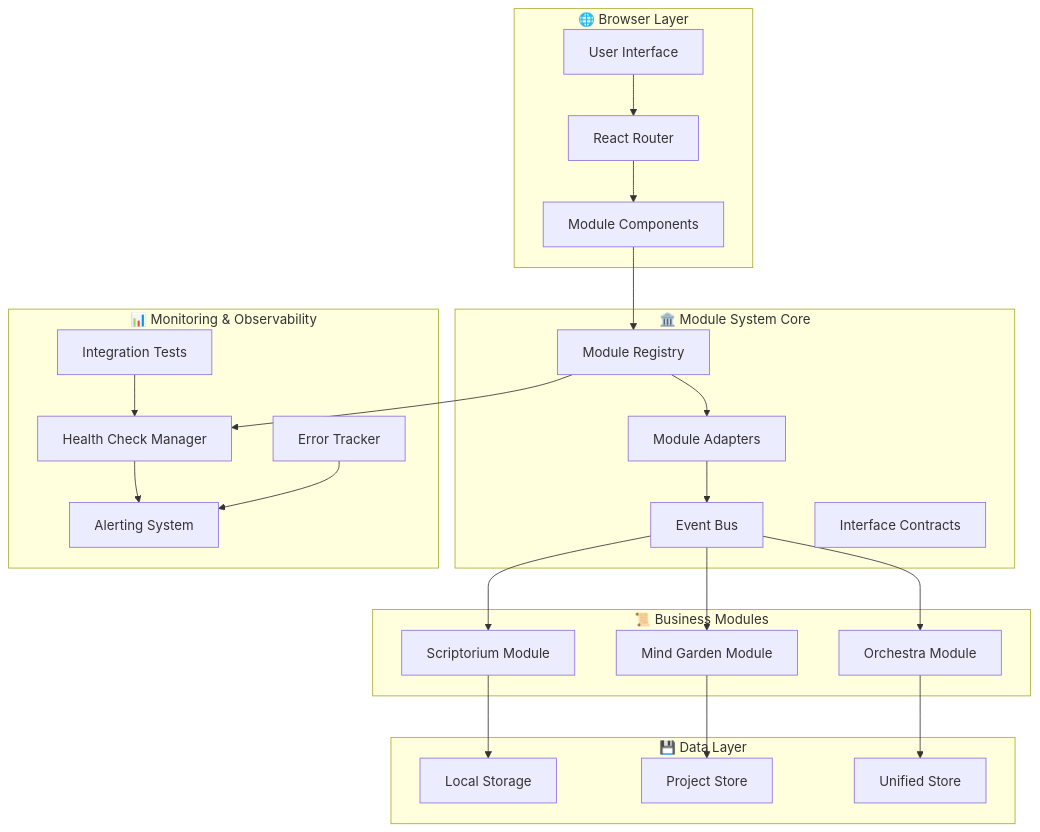
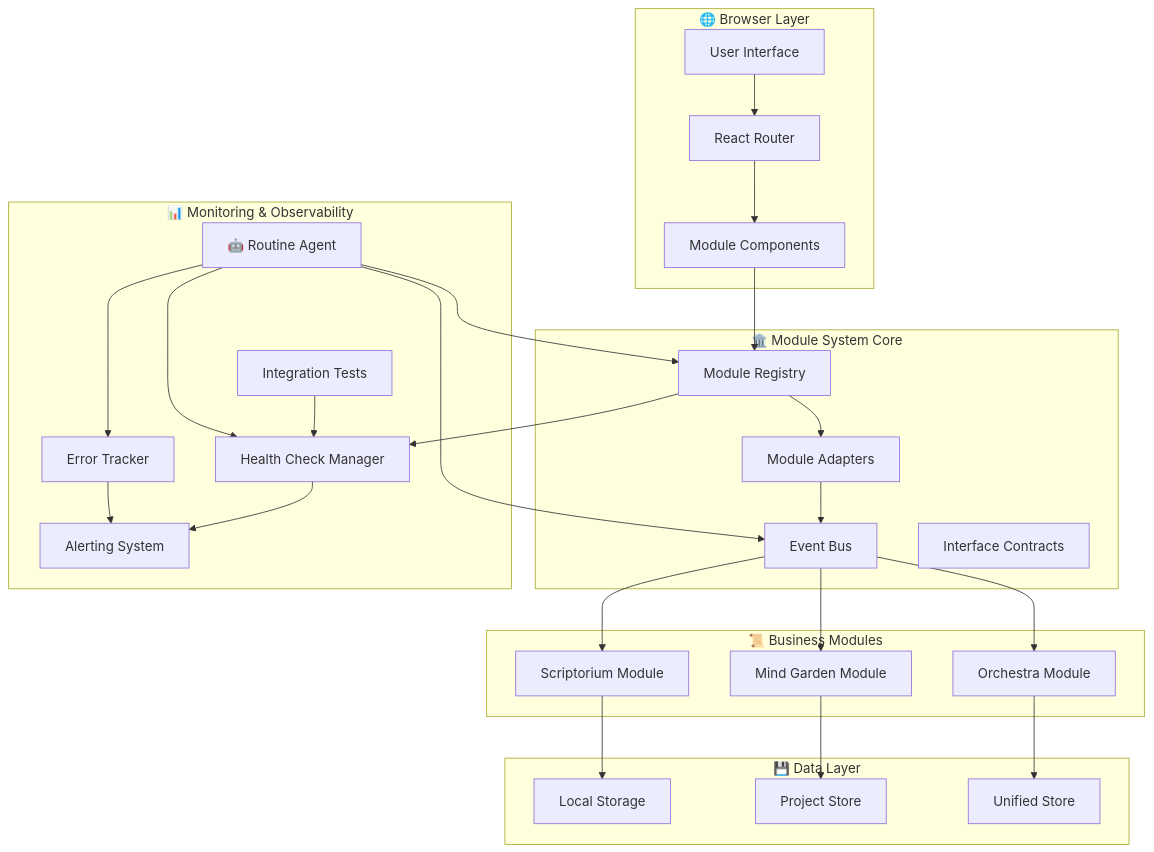
Before and after one commit to PRicaldone/atelier: the first of 16 diagrams in docs/architecture/VISUAL_ARCHITECTURE.md, drawn with Mermaid. The commit also changed other lines of this file and 8 other files, not shown here.

Commit message:
📚 DOCUMENTATION COMPLETE: Updated architecture docs with Atelier Routine Agent - comprehensive visual diagrams and integration details

````diff
--- a/docs/architecture/VISUAL_ARCHITECTURE.md
+++ b/docs/architecture/VISUAL_ARCHITECTURE.md
@@ -7,52 +7,57 @@
 ```mermaid
 graph TB
     subgraph "🌐 Browser Layer"
         UI[User Interface]
         Routes[React Router]
         Components[Module Components]
     end
 
     subgraph "🏛️ Module System Core"
         Registry[Module Registry]
         EventBus[Event Bus]
         Adapters[Module Adapters]
         Contracts[Interface Contracts]
     end
 
     subgraph "📊 Monitoring & Observability"
         HealthChecks[Health Check Manager]
         ErrorTracker[Error Tracker]
         AlertSystem[Alerting System]
         TestSuite[Integration Tests]
+        RoutineAgent[🤖 Routine Agent]
     end
 
     subgraph "📜 Business Modules"
         Scriptorium[Scriptorium Module]
         MindGarden[Mind Garden Module]
         Orchestra[Orchestra Module]
     end
 
     subgraph "💾 Data Layer"
         LocalStorage[Local Storage]
         ProjectStore[Project Store]
         UnifiedStore[Unified Store]
     end
 
     UI --> Routes
     Routes --> Components
     Components --> Registry
     Registry --> Adapters
     Adapters --> EventBus
     EventBus --> Scriptorium
     EventBus --> MindGarden
     EventBus --> Orchestra
     
     Registry --> HealthChecks
     HealthChecks --> AlertSystem
     ErrorTracker --> AlertSystem
     TestSuite --> HealthChecks
+    RoutineAgent --> Registry
+    RoutineAgent --> EventBus
+    RoutineAgent --> ErrorTracker
+    RoutineAgent --> HealthChecks
     
     Scriptorium --> LocalStorage
     MindGarden --> ProjectStore
     Orchestra --> UnifiedStore
 ```
````
